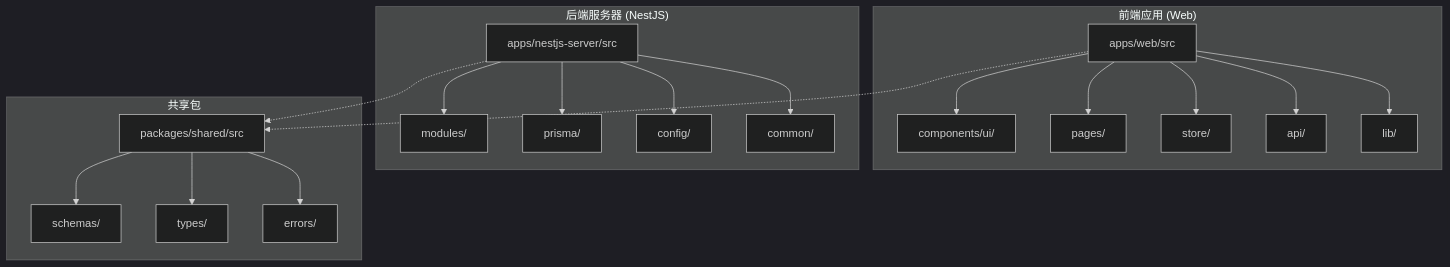
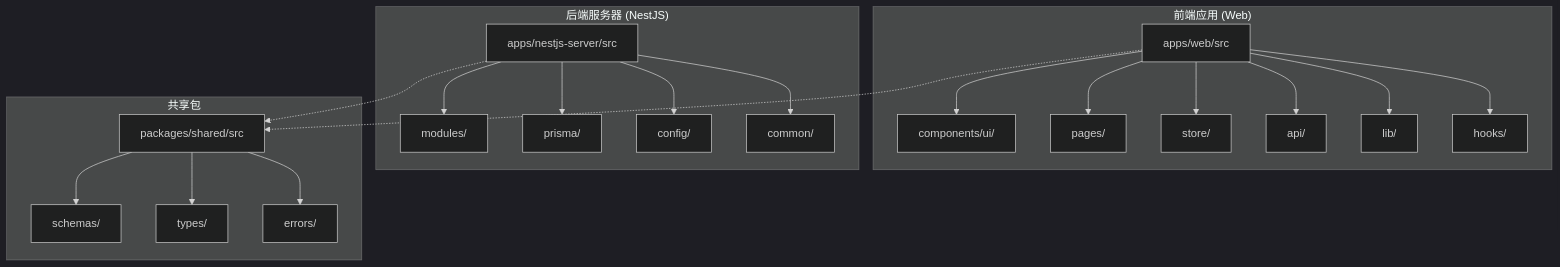
Before and after one commit to translateServers/nodes-stack: the first of 10 diagrams in .qoder/repowiki/zh/content/开发工具/Shadcn_UI 技能系统.md, drawn with Mermaid (dark theme). The commit also changed other lines of this file and 17 other files, not shown here.

````diff
--- a/.qoder/repowiki/zh/content/开发工具/Shadcn_UI 技能系统.md
+++ b/.qoder/repowiki/zh/content/开发工具/Shadcn_UI 技能系统.md
@@ -50,23 +65,24 @@
 ```mermaid
 graph TB
 subgraph "前端应用 (Web)"
 A[apps/web/src] --> A1[components/ui/]
 A --> A2[pages/]
 A --> A3[store/]
 A --> A4[api/]
 A --> A5[lib/]
+A --> A6[hooks/]
 end
 subgraph "后端服务器 (NestJS)"
 B[apps/nestjs-server/src] --> B1[modules/]
 B --> B2[prisma/]
 B --> B3[config/]
 B --> B4[common/]
 end
 subgraph "共享包"
 C[packages/shared/src] --> C1[schemas/]
 C --> C2[types/]
 C --> C3[errors/]
 end
 A -.-> C
 B -.-> C
 ```
````
